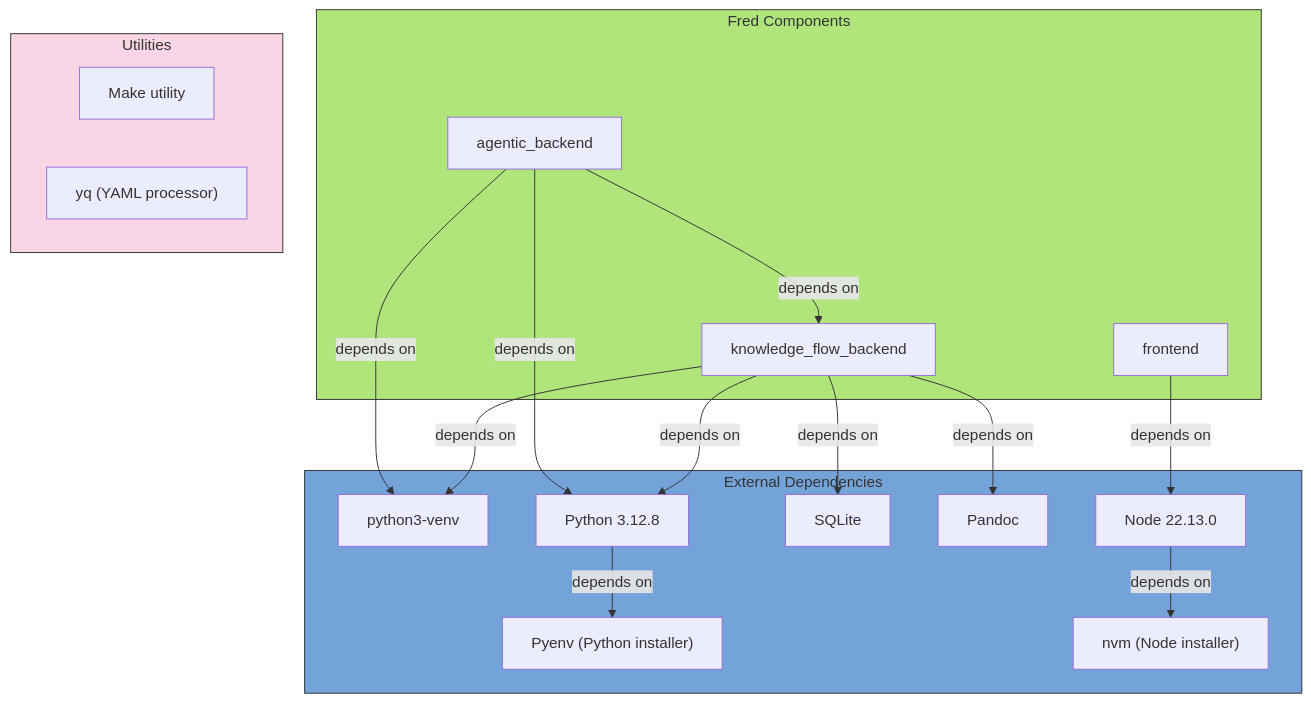
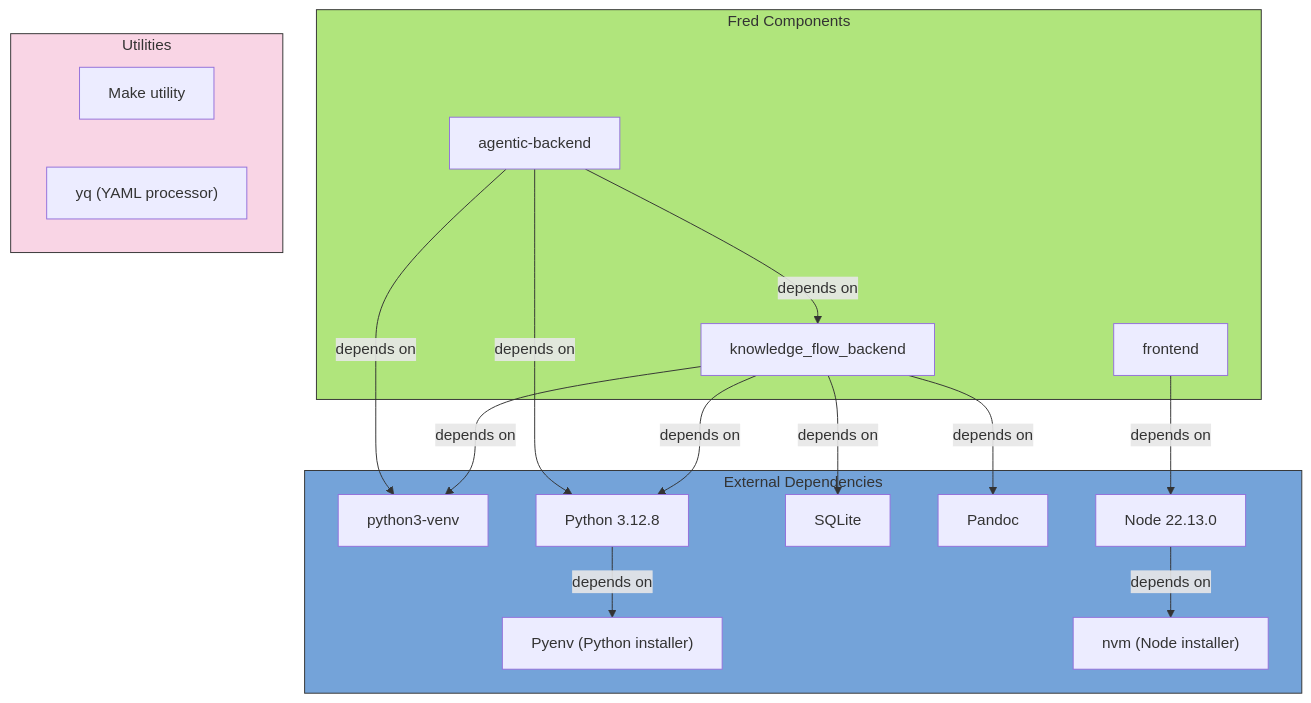
One commit to ThalesGroup/fred changed the diagram in README.md. Above: the diagram before and after it, drawn with Mermaid. The commit also changed other lines of this file and 17 other files, not shown here.

Commit message:
chore: Rename 'agentic_backend' top folder references to 'agentic-backend'

````diff
--- a/README.md
+++ b/README.md
@@ -73,42 +73,42 @@
   ```mermaid
   graph TD
       subgraph FredComponents["Fred Components"]
         style FredComponents fill:#b0e57c,stroke:#333,stroke-width:2px  %% Green Color
-          Agentic["agentic_backend"]
+          Agentic["agentic-backend"]
           Knowledge["knowledge_flow_backend"]
           Frontend["frontend"]
       end
 
       subgraph ExternalDependencies["External Dependencies"]
         style ExternalDependencies fill:#74a3d9,stroke:#333,stroke-width:2px  %% Blue Color
           Venv["python3-venv"]
           Python["Python 3.12.8"]
           SQLite["SQLite"]
           Pandoc["Pandoc"]
           Pyenv["Pyenv (Python installer)"]
           Node["Node 22.13.0"]
           NVM["nvm (Node installer)"]
       end
 
       subgraph Utilities["Utilities"]
         style Utilities fill:#f9d5e5,stroke:#333,stroke-width:2px  %% Pink Color
           Make["Make utility"]
           Yq["yq (YAML processor)"]
       end
 
       Agentic -->|depends on| Python
       Agentic -->|depends on| Knowledge
       Agentic -->|depends on| Venv
 
       Knowledge -->|depends on| Python
       Knowledge -->|depends on| Venv
       Knowledge -->|depends on| Pandoc
       Knowledge -->|depends on| SQLite
 
       Frontend -->|depends on| Node
 
       Python -->|depends on| Pyenv
 
       Node -->|depends on| NVM
 
   ```
````
